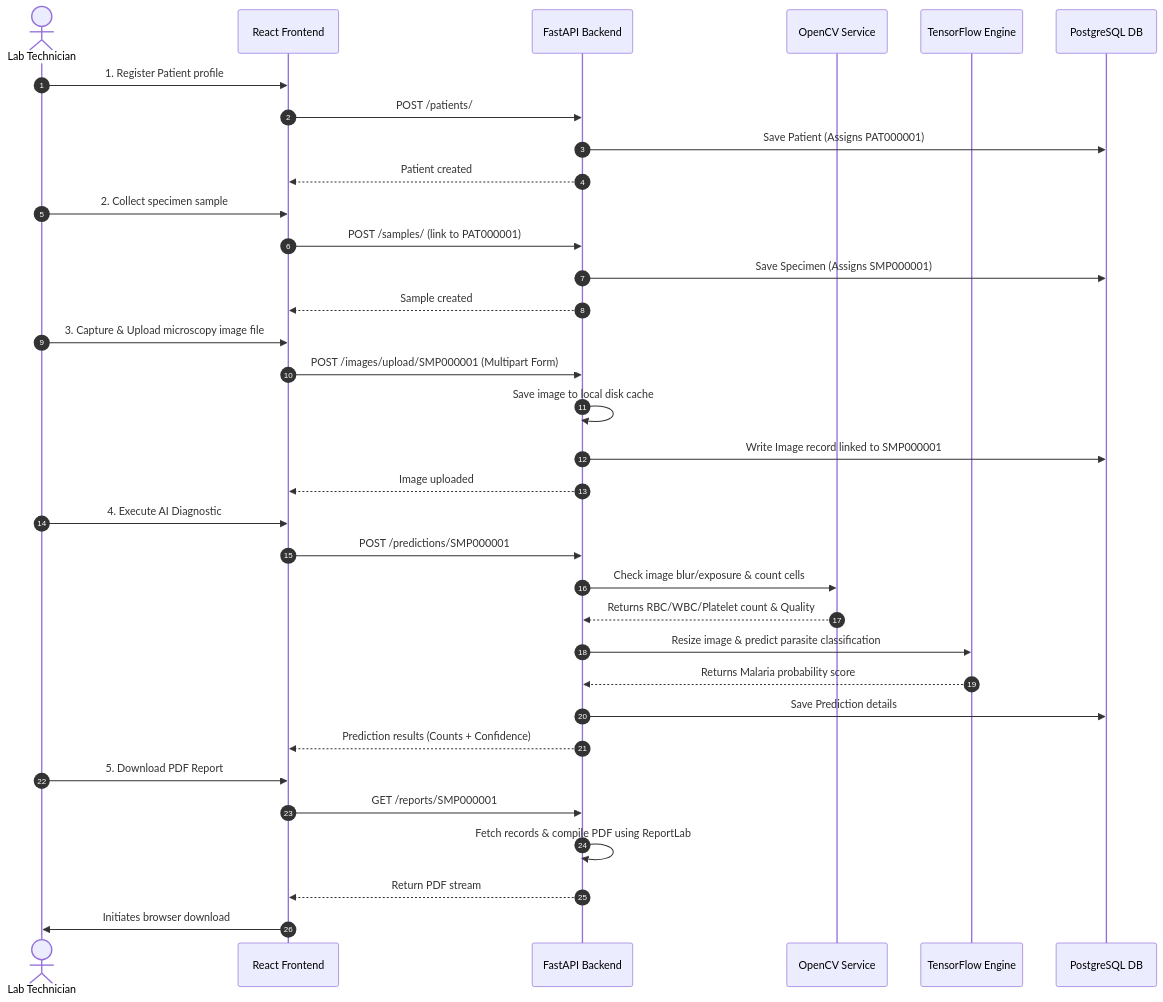
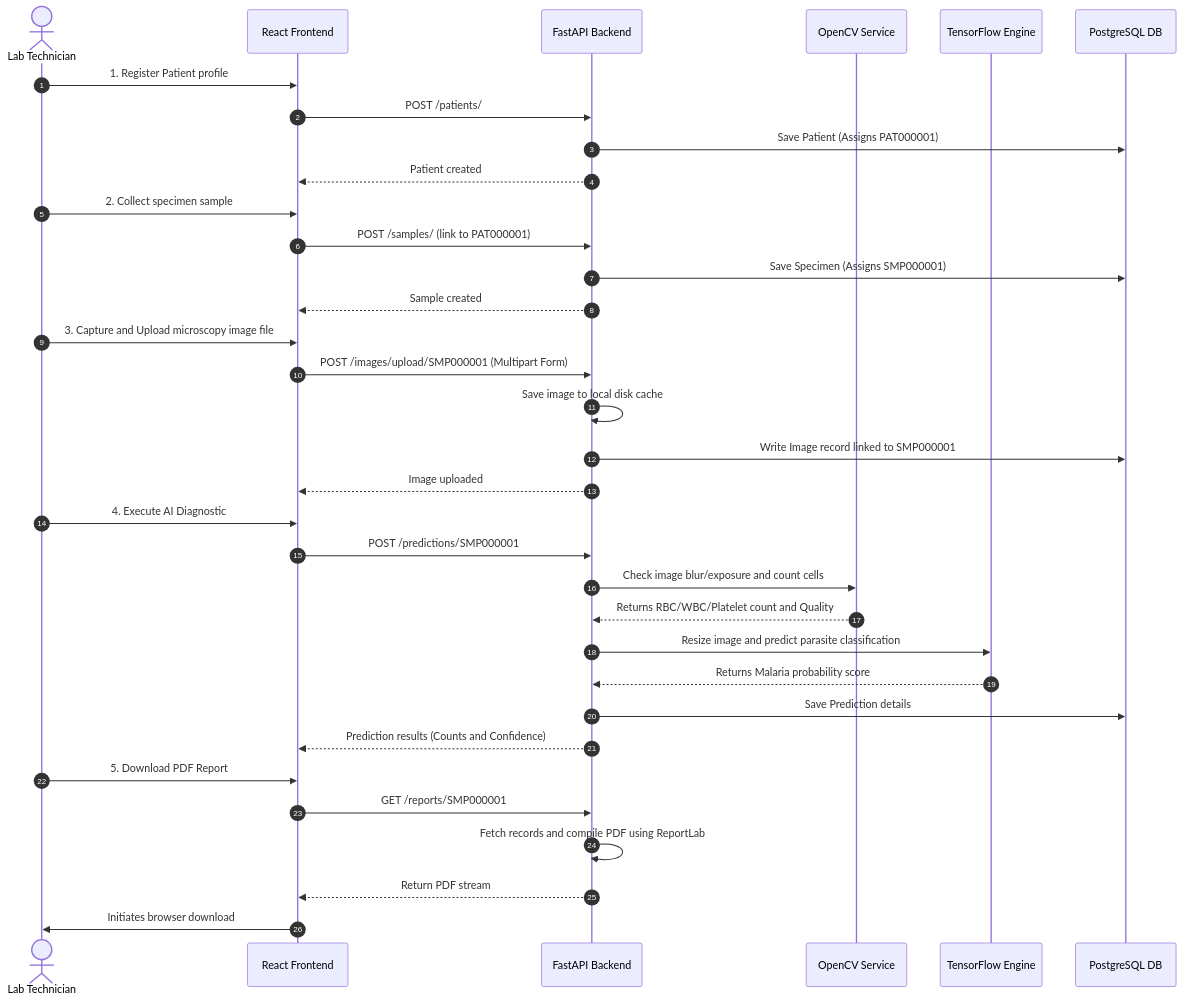
One commit to raj-deep-20/LabVision-AI changed the third of 3 diagrams in README.md. Above: the diagram before and after it, drawn with Mermaid. The commit also changed other lines of this file, not shown here.

Commit message:
docs: fix Mermaid diagram syntax in README for GitHub rendering

````diff
--- a/README.md
+++ b/README.md
@@ -227,41 +227,41 @@
 ```mermaid
 sequenceDiagram
     autonumber
     actor Tech as Lab Technician
     participant Front as React Frontend
     participant Back as FastAPI Backend
     participant CV as OpenCV Service
     participant TF as TensorFlow Engine
     participant DB as PostgreSQL DB
 
     Tech->>Front: 1. Register Patient profile
     Front->>Back: POST /patients/
     Back->>DB: Save Patient (Assigns PAT000001)
     Back-->>Front: Patient created
     
     Tech->>Front: 2. Collect specimen sample
     Front->>Back: POST /samples/ (link to PAT000001)
     Back->>DB: Save Specimen (Assigns SMP000001)
     Back-->>Front: Sample created
     
-    Tech->>Front: 3. Capture & Upload microscopy image file
+    Tech->>Front: 3. Capture and Upload microscopy image file
     Front->>Back: POST /images/upload/SMP000001 (Multipart Form)
     Back->>Back: Save image to local disk cache
     Back->>DB: Write Image record linked to SMP000001
     Back-->>Front: Image uploaded
     
     Tech->>Front: 4. Execute AI Diagnostic
     Front->>Back: POST /predictions/SMP000001
-    Back->>CV: Check image blur/exposure & count cells
-    CV-->>Back: Returns RBC/WBC/Platelet count & Quality
-    Back->>TF: Resize image & predict parasite classification
+    Back->>CV: Check image blur/exposure and count cells
+    CV-->>Back: Returns RBC/WBC/Platelet count and Quality
+    Back->>TF: Resize image and predict parasite classification
     TF-->>Back: Returns Malaria probability score
     Back->>DB: Save Prediction details
-    Back-->>Front: Prediction results (Counts + Confidence)
+    Back-->>Front: Prediction results (Counts and Confidence)
     
     Tech->>Front: 5. Download PDF Report
     Front->>Back: GET /reports/SMP000001
-    Back->>Back: Fetch records & compile PDF using ReportLab
+    Back->>Back: Fetch records and compile PDF using ReportLab
     Back-->>Front: Return PDF stream
     Front->>Tech: Initiates browser download
 ```
````
